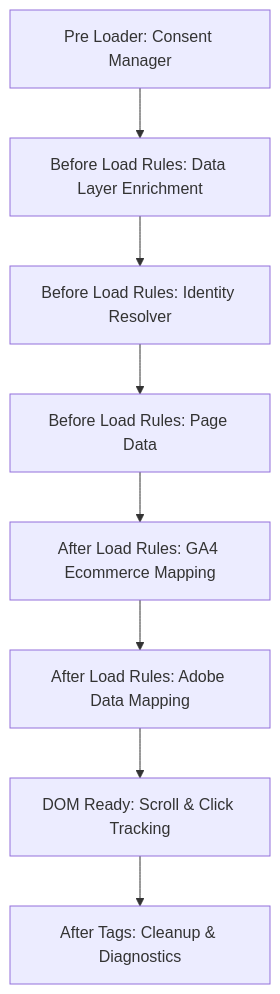
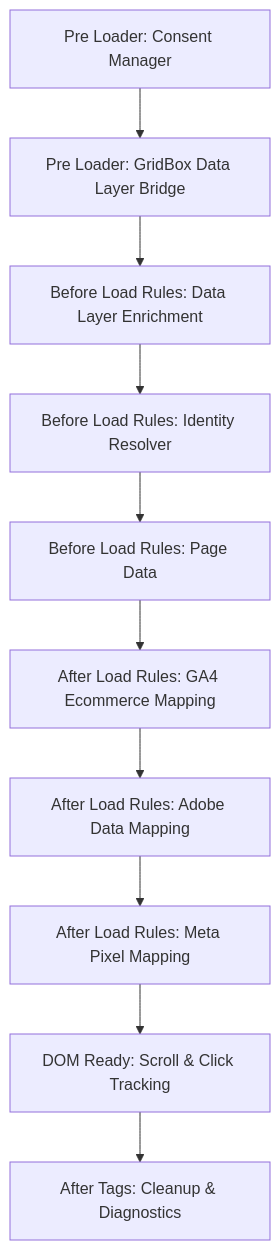
Before and after one commit to Mr-orchestrator/tealium-extensions: the diagram in docs/execution-flow.md, drawn with Mermaid. The commit also changed other lines of this file and 8 other files, not shown here.

First line of the commit message:
Add data-layer bridge (Pre Loader) + Meta Pixel marketing mapping

````diff
--- a/docs/execution-flow.md
+++ b/docs/execution-flow.md
@@ -21,18 +23,22 @@
 ```mermaid
 flowchart TD
   E1["Pre Loader: Consent Manager"]
+  E2["Pre Loader: GridBox Data Layer Bridge"]
+  E1 --> E2
   E10["Before Load Rules: Data Layer Enrichment"]
-  E1 --> E10
+  E2 --> E10
   E11["Before Load Rules: Identity Resolver"]
   E10 --> E11
   E12["Before Load Rules: Page Data"]
   E11 --> E12
   E20["After Load Rules: GA4 Ecommerce Mapping"]
   E12 --> E20
   E21["After Load Rules: Adobe Data Mapping"]
   E20 --> E21
+  E22["After Load Rules: Meta Pixel Mapping"]
+  E21 --> E22
   E30["DOM Ready: Scroll & Click Tracking"]
-  E21 --> E30
+  E22 --> E30
   E40["After Tags: Cleanup & Diagnostics"]
   E30 --> E40
 ```
````
